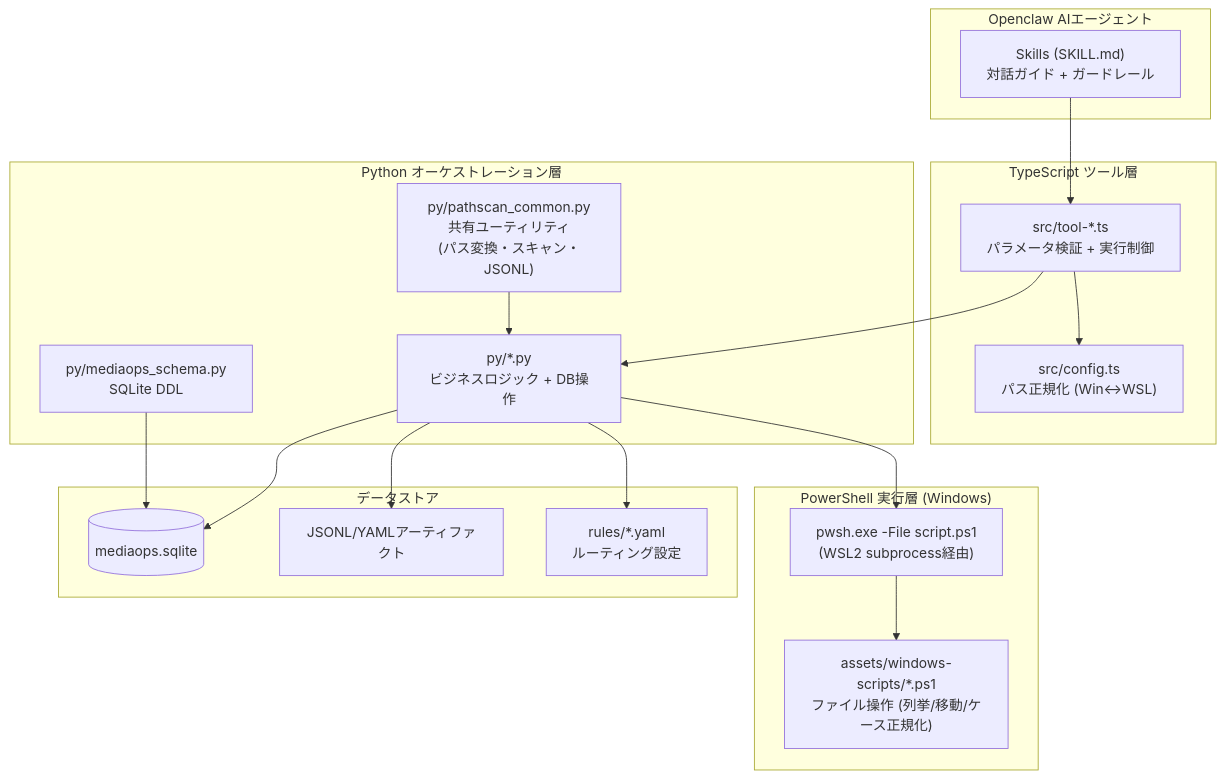
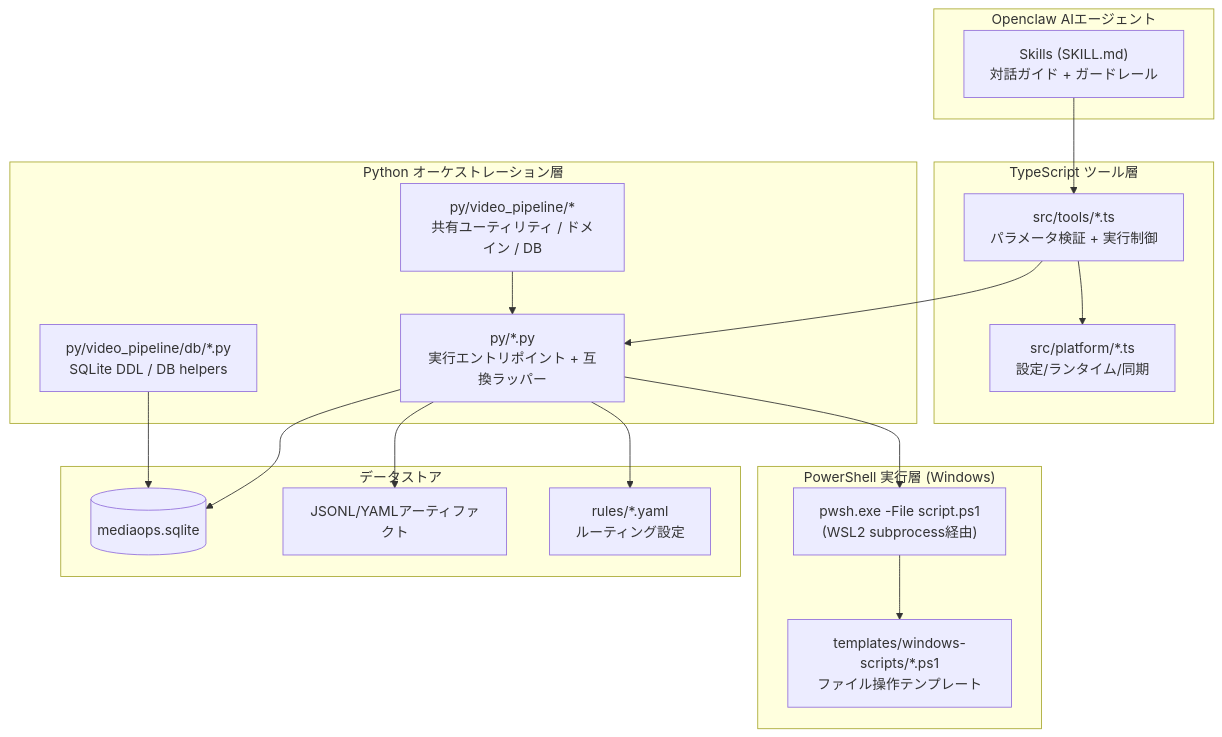
The second of 10 diagrams in README.md (NEXTAltair/video-library-pipeline), drawn with Mermaid before and after one commit. The commit also changed other lines of this file and 120 other files, not shown here.

````diff
--- a/README.md
+++ b/README.md
@@ -51,36 +76,36 @@
 ```mermaid
 graph TB
     subgraph "Openclaw AIエージェント"
         SKILLS["Skills (SKILL.md)<br/>対話ガイド + ガードレール"]
     end
 
     subgraph "TypeScript ツール層"
-        TOOLS["src/tool-*.ts<br/>パラメータ検証 + 実行制御"]
-        CONFIG["src/config.ts<br/>パス正規化 (Win↔WSL)"]
+        TOOLS["src/tools/*.ts<br/>パラメータ検証 + 実行制御"]
+        CONFIG["src/platform/*.ts<br/>設定/ランタイム/同期"]
     end
 
     subgraph "Python オーケストレーション層"
-        PY_COMMON["py/pathscan_common.py<br/>共有ユーティリティ<br/>(パス変換・スキャン・JSONL)"]
-        PY_MAIN["py/*.py<br/>ビジネスロジック + DB操作"]
-        SCHEMA["py/mediaops_schema.py<br/>SQLite DDL"]
+        PY_ENTRY["py/*.py<br/>実行エントリポイント + 互換ラッパー"]
+        PY_COMMON["py/video_pipeline/*<br/>共有ユーティリティ / ドメイン / DB"]
+        SCHEMA["py/video_pipeline/db/*.py<br/>SQLite DDL / DB helpers"]
     end
 
     subgraph "PowerShell 実行層 (Windows)"
-        PS["assets/windows-scripts/*.ps1<br/>ファイル操作 (列挙/移動/ケース正規化)"]
+        PS["templates/windows-scripts/*.ps1<br/>ファイル操作テンプレート"]
         PWSH["pwsh.exe -File script.ps1<br/>(WSL2 subprocess経由)"]
     end
 
     subgraph "データストア"
         DB[("mediaops.sqlite")]
         JSONL["JSONL/YAMLアーティファクト"]
         RULES["rules/*.yaml<br/>ルーティング設定"]
     end
 
-    SKILLS --> TOOLS --> PY_MAIN
+    SKILLS --> TOOLS --> PY_ENTRY
     TOOLS --> CONFIG
-    PY_COMMON --> PY_MAIN
-    PY_MAIN --> PWSH --> PS
-    PY_MAIN --> DB & JSONL
-    PY_MAIN --> RULES
+    PY_COMMON --> PY_ENTRY
+    PY_ENTRY --> PWSH --> PS
+    PY_ENTRY --> DB & JSONL
+    PY_ENTRY --> RULES
     SCHEMA --> DB
 ```
````
